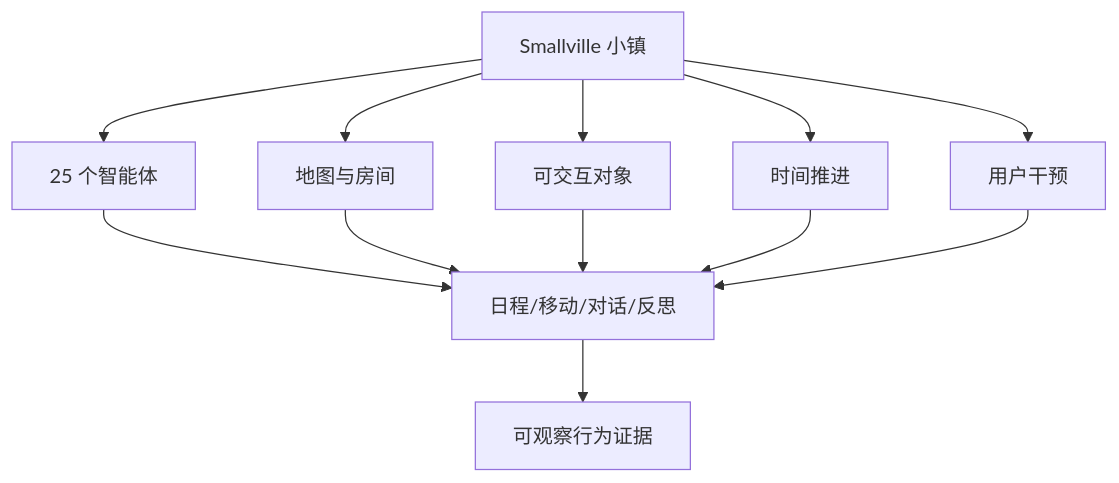
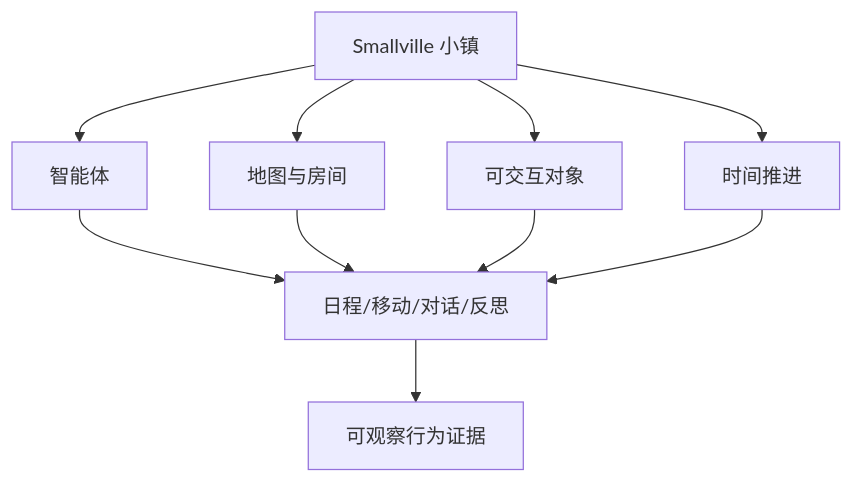
One commit to tbkken/GenerativeAgentsCN changed the diagram in docs/book/manuscript/part_01/chapter_03.md. Above: the diagram before and after it, drawn with Mermaid. The commit also changed other lines of this file and 78 other files, not shown here.

````diff
--- a/docs/book/manuscript/part_01/chapter_03.md
+++ b/docs/book/manuscript/part_01/chapter_03.md
@@ -42,15 +38,13 @@
 ```mermaid
 flowchart TD
-    Town["Smallville 小镇"] --> Agents["25 个智能体"]
+    Town["Smallville 小镇"] --> Agents["智能体"]
     Town --> Map["地图与房间"]
     Town --> Objects["可交互对象"]
     Town --> Time["时间推进"]
-    Town --> User["用户干预"]
 
     Agents --> Behavior["日程/移动/对话/反思"]
     Map --> Behavior
     Objects --> Behavior
     Time --> Behavior
-    User --> Behavior
     Behavior --> Evidence["可观察行为证据"]
 ```
````
